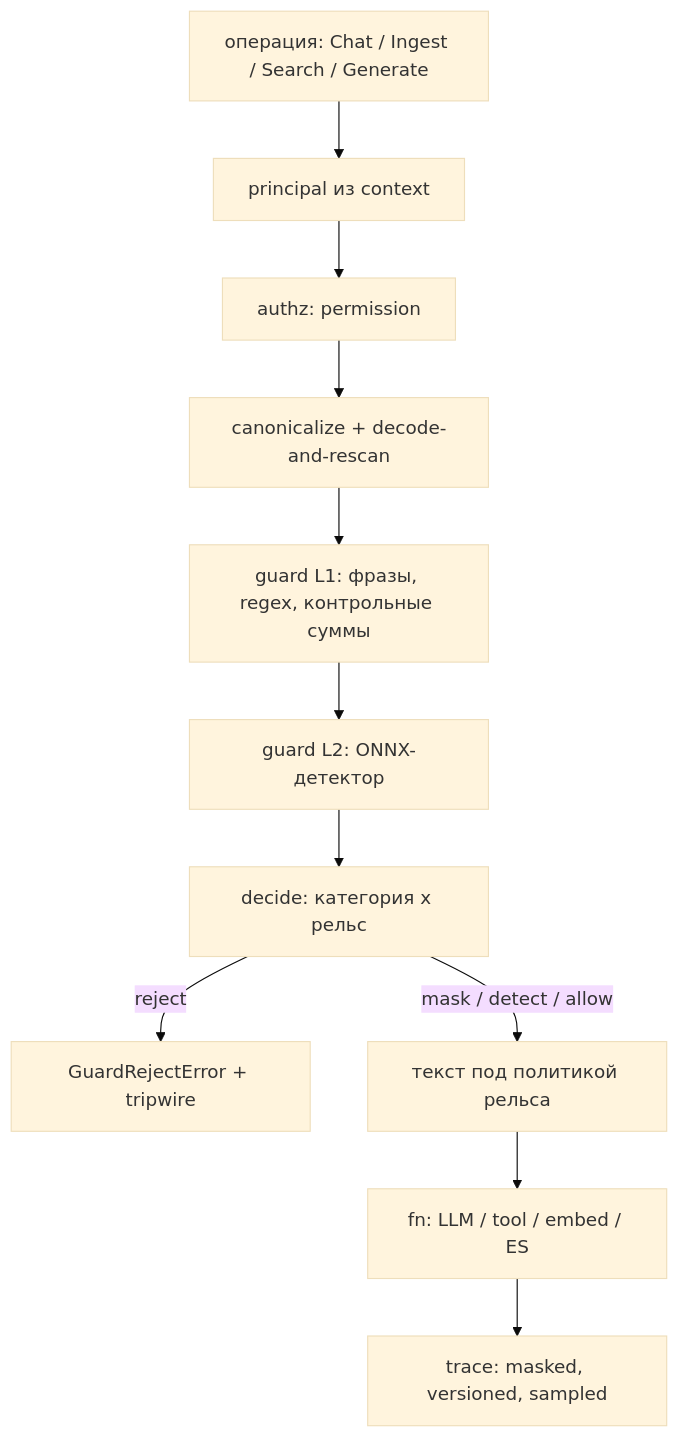
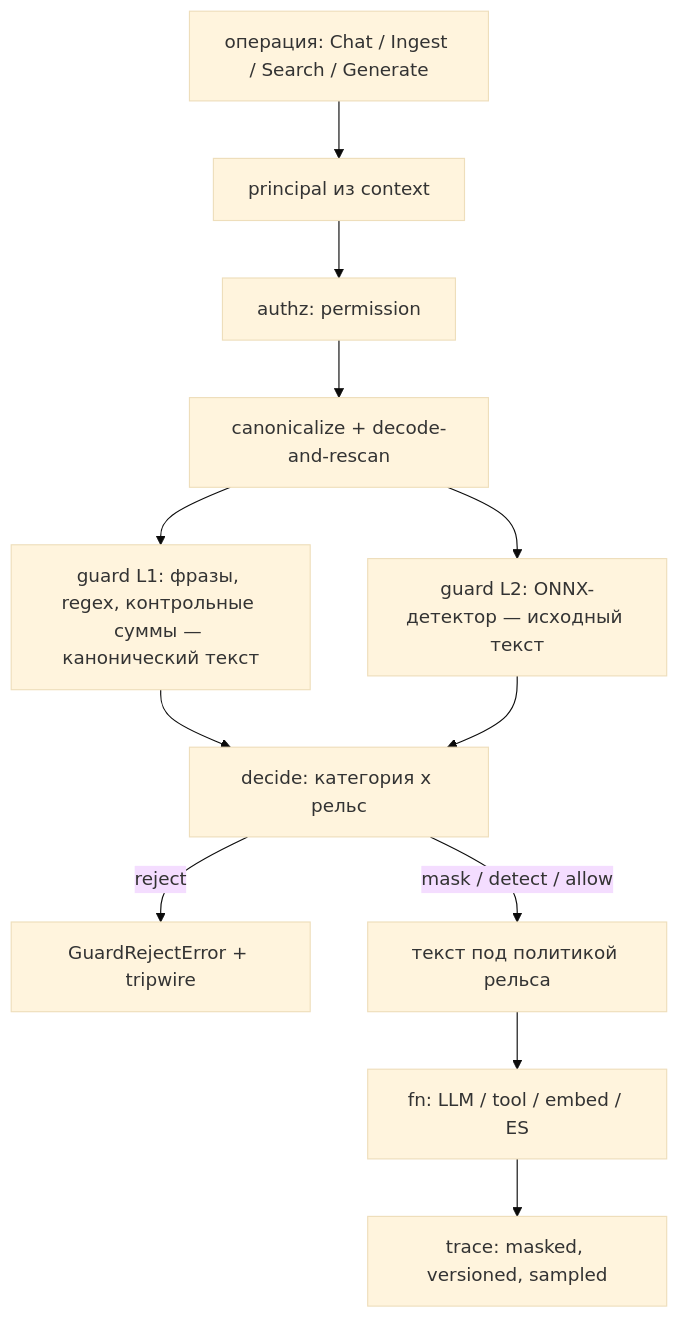
One commit to KirillYuzh/Gobellim changed the first of 2 diagrams in docs/internals/architecture.md. Above: the diagram before and after it, drawn with Mermaid (base theme). The commit also changed other lines of this file and 23 other files, not shown here.

````diff
--- a/docs/internals/architecture.md
+++ b/docs/internals/architecture.md
@@ -222,13 +224,14 @@
 ```mermaid
 flowchart TD
     A["операция: Chat / Ingest / Search / Generate"] --> B["principal из context"]
     B --> C["authz: permission"]
     C --> D["canonicalize + decode-and-rescan"]
-    D --> E["guard L1: фразы, regex, контрольные суммы"]
-    E --> F["guard L2: ONNX-детектор"]
-    F --> G["decide: категория x рельс"]
+    D --> E["guard L1: фразы, regex, контрольные суммы — канонический текст"]
+    D --> F["guard L2: ONNX-детектор — исходный текст"]
+    E --> G["decide: категория x рельс"]
+    F --> G
     G -->|reject| H["GuardRejectError + tripwire"]
     G -->|mask / detect / allow| I["текст под политикой рельса"]
     I --> J["fn: LLM / tool / embed / ES"]
     J --> K["trace: masked, versioned, sampled"]
 ```
````
